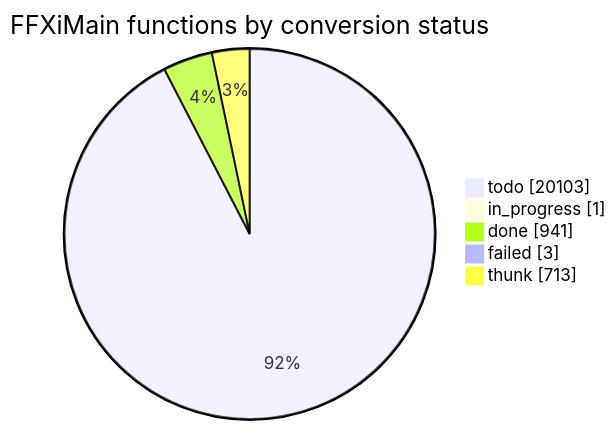
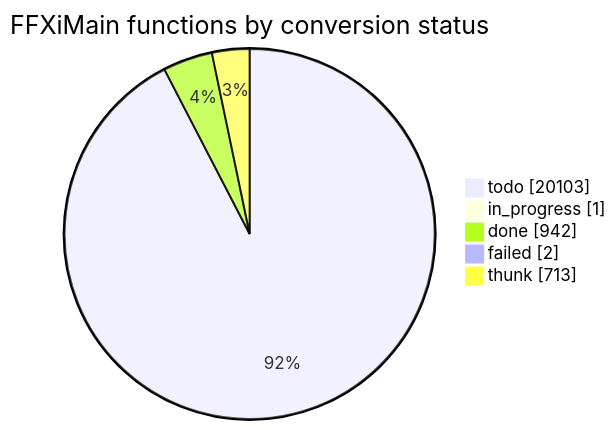
Before and after one commit to cowrevenge/cow_kuluu_xi_anything: the diagram in docs/cow/STATUS.md, drawn with Mermaid. The commit also changed other lines of this file and 8 other files, not shown here.

````diff
--- a/docs/cow/STATUS.md
+++ b/docs/cow/STATUS.md
@@ -18,9 +18,9 @@
 ```mermaid
 pie showData
     title FFXiMain functions by conversion status
     "todo" : 20103
     "in_progress" : 1
-    "done" : 941
-    "failed" : 3
+    "done" : 942
+    "failed" : 2
     "thunk" : 713
 ```
````
